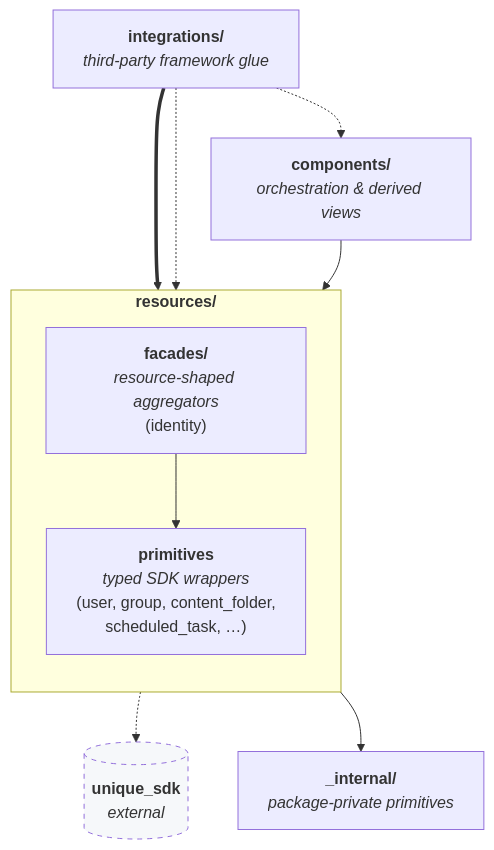
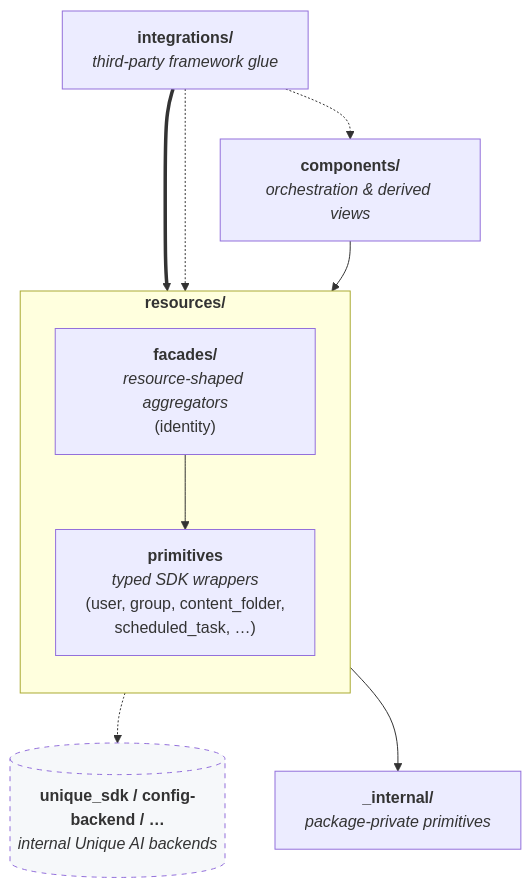
The first of 2 diagrams in unique_toolkit/unique_toolkit/experimental/README.md (Unique-AG/ai), drawn with Mermaid before and after one commit. The commit also changed other lines of this file and 11 other files, not shown here.

````diff
--- a/unique_toolkit/unique_toolkit/experimental/README.md
+++ b/unique_toolkit/unique_toolkit/experimental/README.md
@@ -21,25 +21,25 @@
 ```mermaid
 flowchart TD
     integrations["<b>integrations/</b><br/><i>third-party framework glue</i>"]
     components["<b>components/</b><br/><i>orchestration &amp; derived views</i>"]
 
     subgraph resources ["<b>resources/</b>"]
         direction TB
         facades["<b>facades/</b><br/><i>resource-shaped aggregators</i><br/>(identity)"]
         primitives["<b>primitives</b><br/><i>typed SDK wrappers</i><br/>(user, group, content_folder,<br/>scheduled_task, …)"]
         facades --> primitives
     end
 
     internal["<b>_internal/</b><br/><i>package-private primitives</i>"]
-    sdk[("<b>unique_sdk</b><br/><i>external</i>")]
+    sdk[("<b>unique_sdk / config-backend / …</b><br/><i>internal Unique AI backends</i>")]
 
     integrations ==> facades
     integrations -.-> primitives
     integrations -.-> components
     components --> resources
     resources --> internal
     primitives -.-> sdk
 
     classDef external fill:#f6f8fa,stroke-dasharray: 5 5
     class sdk external
 ```
````
